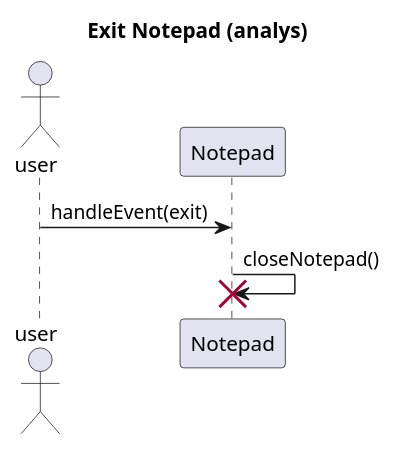
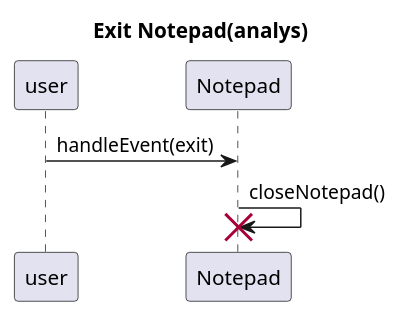
Before and after one commit to Oliverpe/ISGC08: the diagram in laboration1/sekvense-exit-diagram.pu, drawn with PlantUML.

Commit message:
some more random changes

```diff
--- a/laboration1/sekvense-exit-diagram.pu
+++ b/laboration1/sekvense-exit-diagram.pu
@@ -1,8 +1,12 @@
 @startuml
-title Exit Notepad (analys)
-actor "user" as u
+
+title Exit Notepad(analys)
+participant "user" as u
 participant "Notepad" as n
+
+
 u->n:handleEvent(exit)
 n->n: closeNotepad()
 destroy n
+
 @enduml
```
